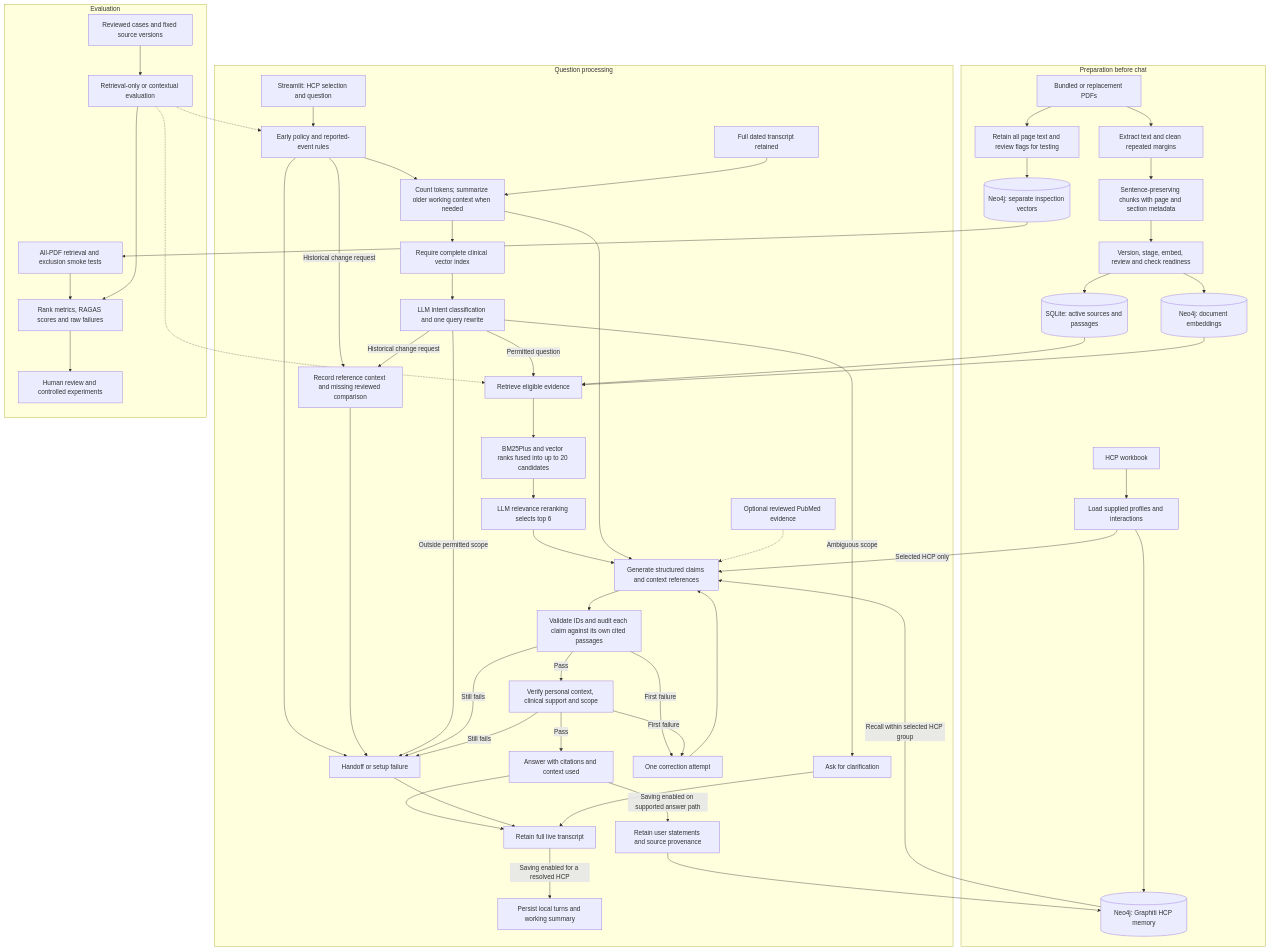
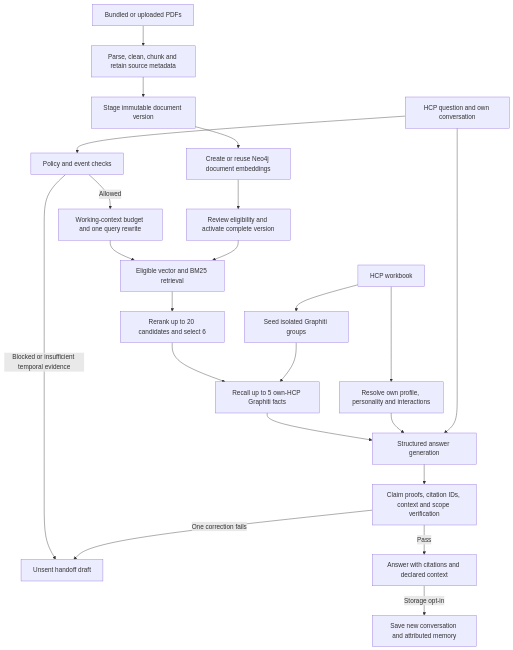
Before and after one commit to aribakhtar/camzyos-contextual-rep: the diagram in docs/project-flow.md, drawn with Mermaid. The commit also changed other lines of this file and 20 other files, not shown here.

Commit message:
Consolidate reviewer documentation and preserve evaluation provenance

````diff
--- a/docs/project-flow.md
+++ b/docs/project-flow.md
@@ -13,60 +6,24 @@
 ```mermaid
 flowchart TD
-    subgraph PREP[Preparation before chat]
-        PDF[Bundled or replacement PDFs] --> PARSE[Extract text and clean repeated margins]
-        PDF --> RAW[Retain all page text and review flags for testing]
-        RAW --> INSPECT[(Neo4j: separate inspection vectors)]
-        PARSE --> CHUNK[Sentence-preserving chunks with page and section metadata]
-        CHUNK --> PREPARE[Version, stage, embed, review and check readiness]
-        PREPARE --> REG[(SQLite: active sources and passages)]
-        PREPARE --> VEC[(Neo4j: document embeddings)]
-        BOOK[HCP workbook] --> PROFILE[Load supplied profiles and interactions]
-        PROFILE --> MEM[(Neo4j: Graphiti HCP memory)]
-    end
-    subgraph CHAT[Question processing]
-        UI[Streamlit: HCP selection and question] --> GATE[Early policy and reported-event rules]
-        GATE --> WINDOW[Count tokens; summarize older working context when needed]
-        HIST[Full dated transcript retained] --> WINDOW
-        WINDOW --> READY[Require complete clinical vector index]
-        READY --> CLASSIFY[LLM intent classification and one query rewrite]
-        GATE --> STOP[Handoff or setup failure]
-        GATE -->|Historical change request| TEMP[Record reference context and missing reviewed comparison]
-        TEMP --> STOP
-        CLASSIFY -->|Historical change request| TEMP
-        CLASSIFY -->|Ambiguous scope| CLARIFY[Ask for clarification]
-        CLASSIFY -->|Outside permitted scope| STOP
-        CLASSIFY -->|Permitted question| RET[Retrieve eligible evidence]
-        REG --> RET
-        VEC --> RET
-        RET --> FUSE[BM25Plus and vector ranks fused into up to 20 candidates]
-        FUSE --> RERANK[LLM relevance reranking selects top 6]
-        RERANK --> GEN[Generate structured claims and context references]
-        WINDOW --> GEN
-        PROFILE -->|Selected HCP only| GEN
-        MEM -->|Recall within selected HCP group| GEN
-        PUB[Optional reviewed PubMed evidence] -.-> GEN
-        GEN --> AUDIT[Validate IDs and audit each claim against its own cited passages]
-        AUDIT -->|Pass| VERIFY[Verify personal context, clinical support and scope]
-        AUDIT -->|First failure| REPAIR[One correction attempt]
-        AUDIT -->|Still fails| STOP
-        VERIFY -->|Pass| OUT[Answer with citations and context used]
-        VERIFY -->|First failure| REPAIR
-        REPAIR --> GEN
-        VERIFY -->|Still fails| STOP
-        OUT --> LIVE[Retain full live transcript]
-        STOP --> LIVE
-        CLARIFY --> LIVE
-        LIVE -->|Saving enabled for a resolved HCP| SAVE[Persist local turns and working summary]
-        OUT -->|Saving enabled on supported answer path| RETAIN[Retain user statements and source provenance]
-        RETAIN --> MEM
-    end
-    subgraph EVAL[Evaluation]
-        CASES[Reviewed cases and fixed source versions] --> RUN[Retrieval-only or contextual evaluation]
-        INSPECT --> SMOKE[All-PDF retrieval and exclusion smoke tests]
-        SMOKE --> REPORT
-        RUN -.-> RET
-        RUN -.-> GATE
-        RUN --> REPORT[Rank metrics, RAGAS scores and raw failures]
-        REPORT --> REVIEW[Human review and controlled experiments]
-    end
+    PDF[Bundled or uploaded PDFs] --> PREP[Parse, clean, chunk and retain source metadata]
+    PREP --> STAGE[Stage immutable document version]
+    STAGE --> VEC[Create or reuse Neo4j document embeddings]
+    VEC --> REVIEW[Review eligibility and activate complete version]
+    BOOK[HCP workbook] --> PROFILE[Resolve own profile, personality and interactions]
+    BOOK --> SEED[Seed isolated Graphiti groups]
+    UI[HCP question and own conversation] --> POLICY[Policy and event checks]
+    POLICY -->|Blocked or insufficient temporal evidence| HANDOFF[Unsent handoff draft]
+    POLICY -->|Allowed| QUERY[Working-context budget and one query rewrite]
+    QUERY --> RETRIEVE[Eligible vector and BM25 retrieval]
+    REVIEW --> RETRIEVE
+    RETRIEVE --> RANK[Rerank up to 20 candidates and select 6]
+    RANK --> MEMORY[Recall up to 5 own-HCP Graphiti facts]
+    SEED --> MEMORY
+    MEMORY --> GEN[Structured answer generation]
+    PROFILE --> GEN
+    UI --> GEN
+    GEN --> AUDIT[Claim proofs, citation IDs, context and scope verification]
+    AUDIT -->|Pass| ANSWER[Answer with citations and declared context]
+    AUDIT -->|One correction fails| HANDOFF
+    ANSWER -->|Storage opt-in| SAVE[Save new conversation and attributed memory]
 ```
````
